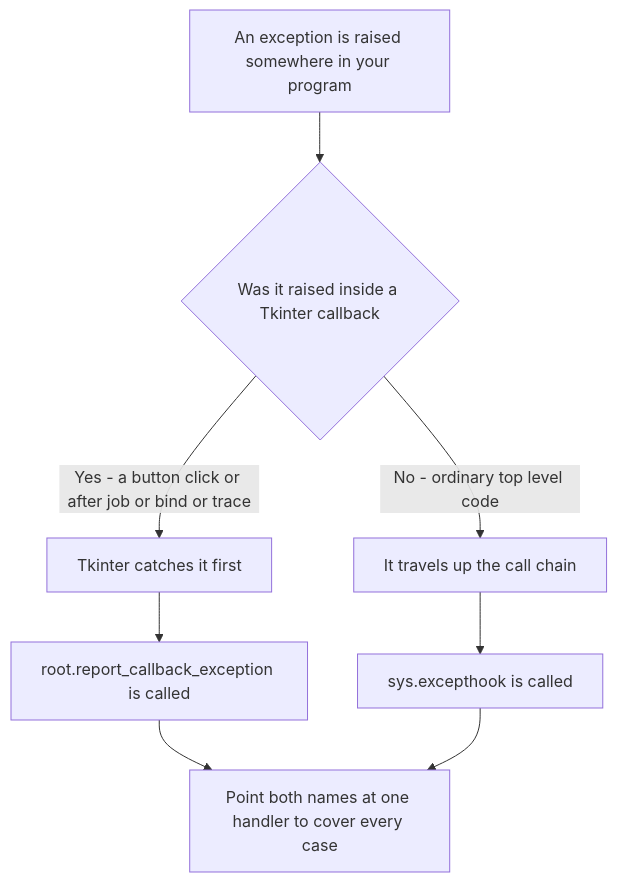
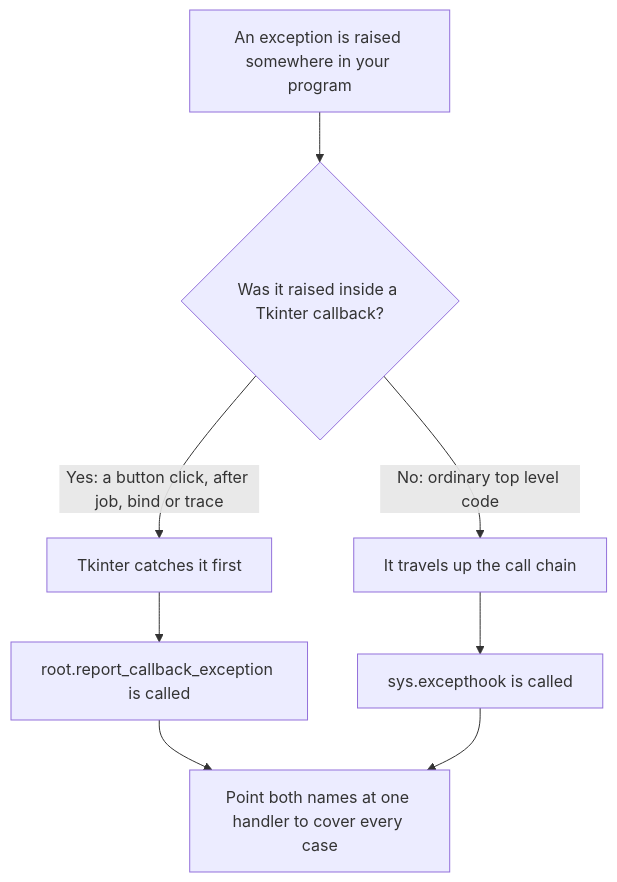
Before and after one commit to ag999git/001-mkdocs: the second of 2 diagrams in docs/14-tkinter/095-ch14-conceptual-qa.md, drawn with Mermaid. The commit also changed other lines of this file, not shown here.

Commit message:
Sync: Added index.md and updated chapters

````diff
--- a/docs/14-tkinter/095-ch14-conceptual-qa.md
+++ b/docs/14-tkinter/095-ch14-conceptual-qa.md
@@ -661,10 +661,10 @@
 ```mermaid
 flowchart TD
-    A[An exception is raised somewhere in your program] --> B{Was it raised inside a Tkinter callback}
-    B -->|Yes - a button click or after job or bind or trace| C[Tkinter catches it first]
-    C --> D[root.report_callback_exception is called]
-    B -->|No - ordinary top level code| E[It travels up the call chain]
-    E --> F[sys.excepthook is called]
-    D --> G[Point both names at one handler to cover every case]
+    A["An exception is raised somewhere in your program"] --> B{"Was it raised inside a Tkinter callback?"}
+    B -->|"Yes: a button click, after job, bind or trace"| C["Tkinter catches it first"]
+    C --> D["root.report_callback_exception is called"]
+    B -->|"No: ordinary top level code"| E["It travels up the call chain"]
+    E --> F["sys.excepthook is called"]
+    D --> G["Point both names at one handler to cover every case"]
     F --> G
 ```
````
